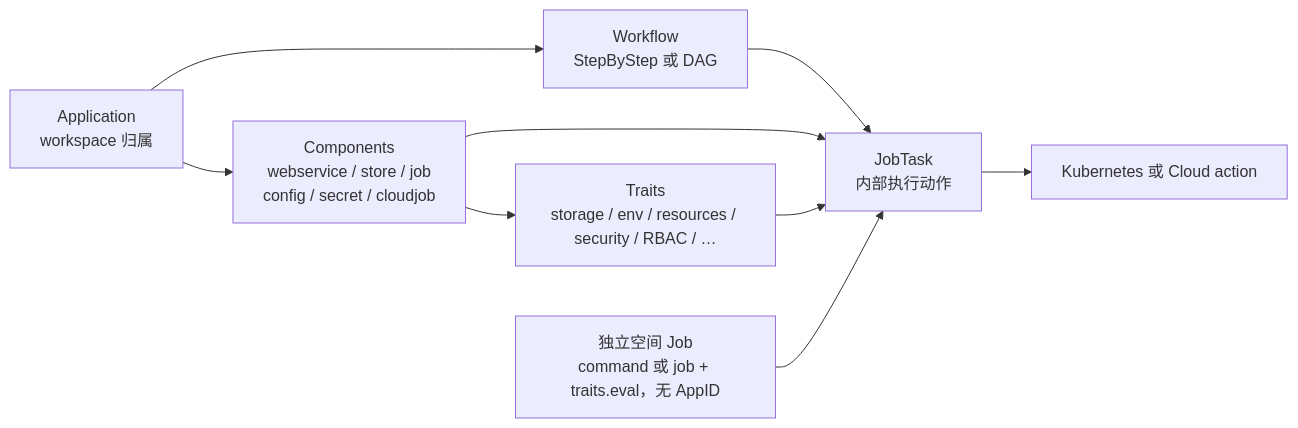
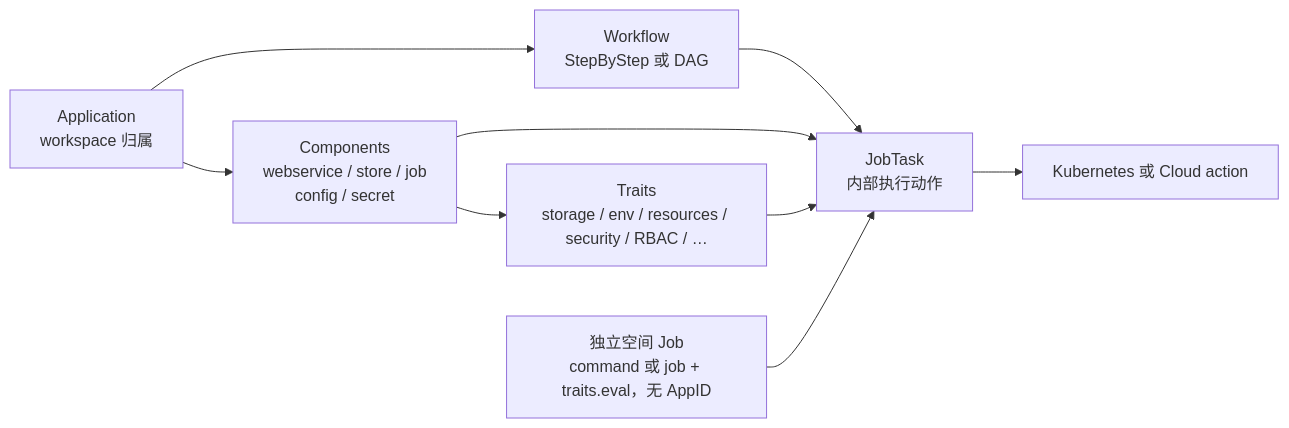
One commit to PixelCores/Eruun changed the third of 5 diagrams in docs/architecture-diagrams.md. Above: the diagram before and after it, drawn with Mermaid. The commit also changed other lines of this file and 239 other files, not shown here.

````diff
--- a/docs/architecture-diagrams.md
+++ b/docs/architecture-diagrams.md
@@ -76,19 +76,19 @@
 ```mermaid
 flowchart LR
     App["Application<br/>workspace 归属"]
-    Components["Components<br/>webservice / store / job<br/>config / secret / cloudjob"]
+    Components["Components<br/>webservice / store / job<br/>config / secret"]
     Traits["Traits<br/>storage / env / resources / security / RBAC / …"]
     Workflow["Workflow<br/>StepByStep 或 DAG"]
     WorkspaceJob["独立空间 Job<br/>command 或 job + traits.eval，无 AppID"]
     JobTask["JobTask<br/>内部执行动作"]
     Resources[Kubernetes 或 Cloud action]
 
     App --> Components
     Components --> Traits
     App --> Workflow
     Workflow --> JobTask
     Components --> JobTask
     Traits --> JobTask
     WorkspaceJob --> JobTask
     JobTask --> Resources
 ```
````
